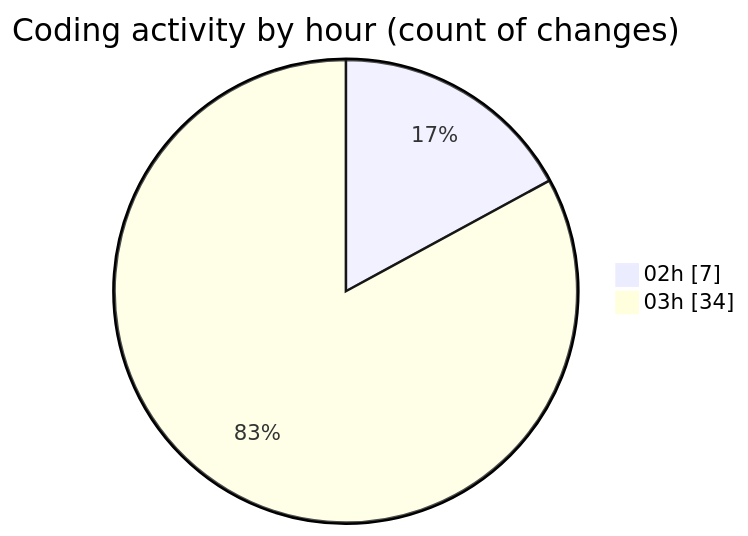
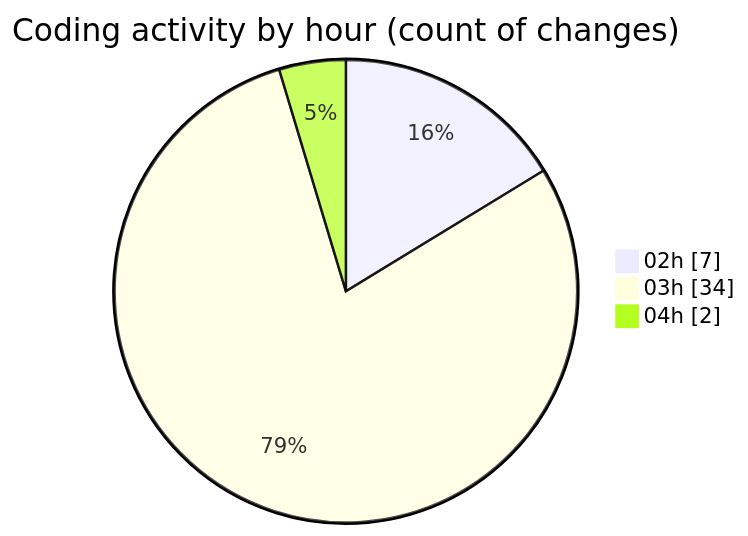
Before and after one commit to JenPaints/code-tracking: the second of 2 diagrams in 2025-05-29/kimberly-groups/README.md, drawn with Mermaid. The commit also changed other lines of this file and 1 other file, not shown here.

````diff
--- a/2025-05-29/kimberly-groups/README.md
+++ b/2025-05-29/kimberly-groups/README.md
@@ -32,6 +32,7 @@
 ```mermaid
 pie showData
 title Coding activity by hour (count of changes)
 "02h" : 7
 "03h" : 34
+"04h" : 2
 ```
````
